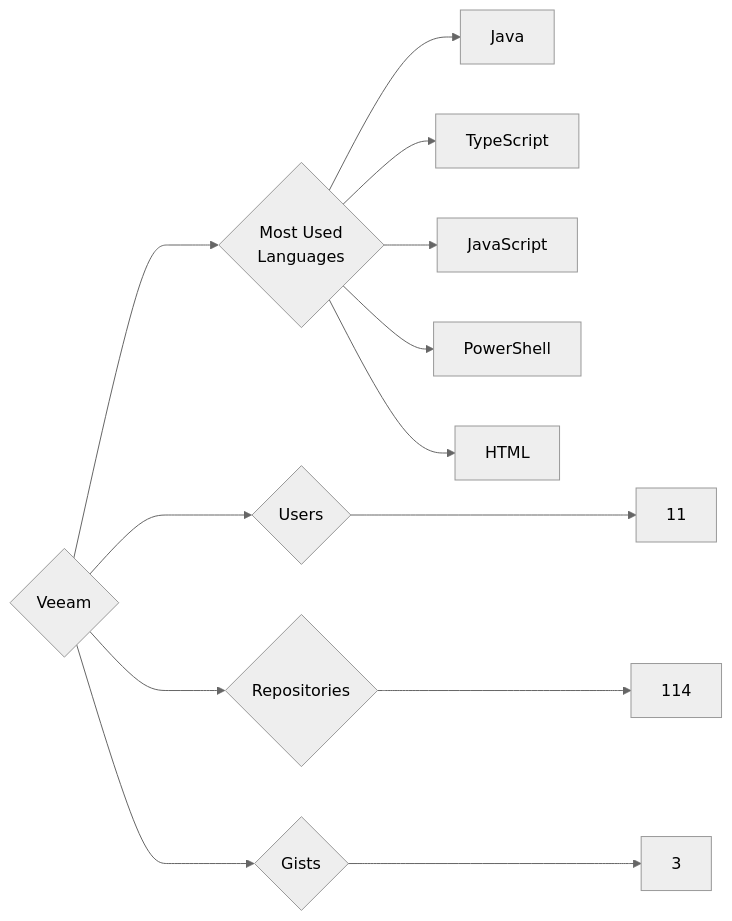
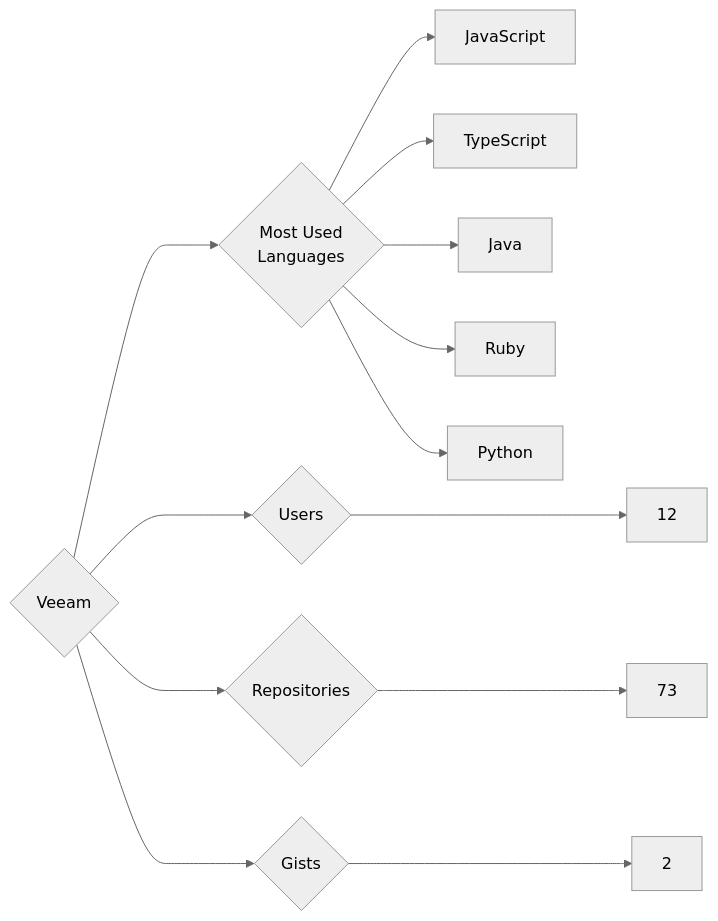
The diagram in targets/Veeam/README.md (trickest/insiders), drawn with Mermaid (neutral theme) before and after one commit. The commit also changed 677 other files, not shown here.

````diff
--- a/targets/Veeam/README.md
+++ b/targets/Veeam/README.md
@@ -3,13 +3,13 @@
 ```mermaid
 graph LR
 COMPANY_NAME{Veeam}
-COMPANY_NAME ---> U{Users} ---> UN[11]
-COMPANY_NAME ---> R{Repositories} ---> RN[114]
-COMPANY_NAME ---> G{Gists} ---> GN[3]
+COMPANY_NAME ---> U{Users} ---> UN[12]
+COMPANY_NAME ---> R{Repositories} ---> RN[73]
+COMPANY_NAME ---> G{Gists} ---> GN[2]
 COMPANY_NAME ---> ML{Most Used<br>Languages}
+ML --> JavaScript[JavaScript]
+ML --> TypeScript[TypeScript]
 ML --> Java[Java]
-ML --> TypeScript[TypeScript]
-ML --> JavaScript[JavaScript]
-ML --> PowerShell[PowerShell]
-ML --> HTML[HTML]
+ML --> Ruby[Ruby]
+ML --> Python[Python]
 ```
````
